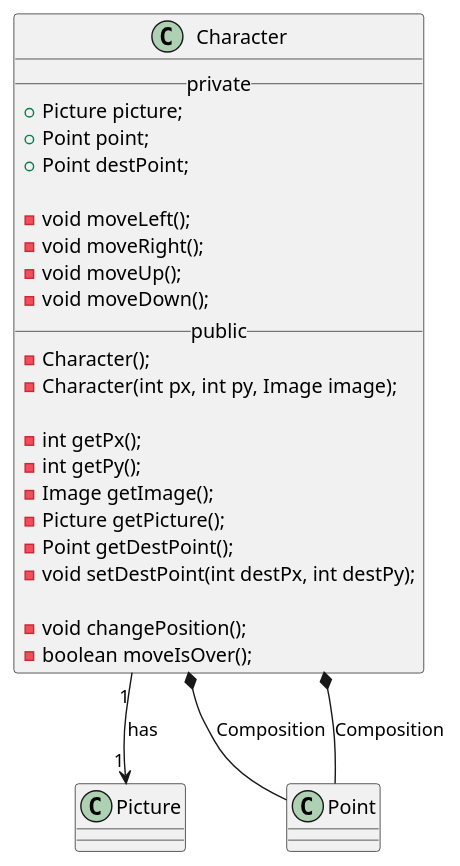
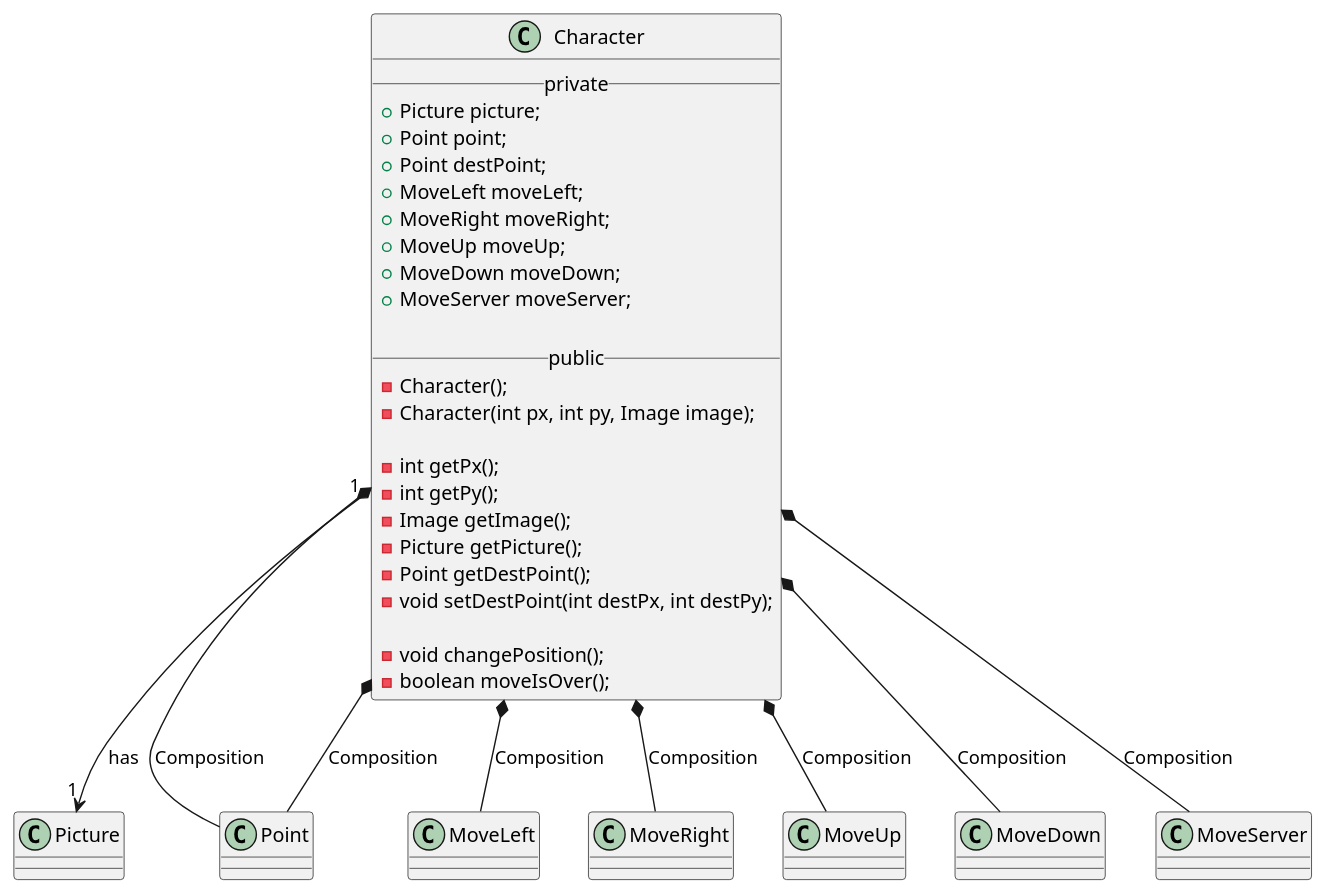
The diagram in 3-OOPAdvanced/史文泰-171860588/UMLFile/Character.puml (twiggy1999/java-2019-homeworks), drawn with PlantUML before and after one commit. The commit also changed 28 other files, not shown here.

```diff
--- a/3-OOPAdvanced/史文泰-171860588/UMLFile/Character.puml
+++ b/3-OOPAdvanced/史文泰-171860588/UMLFile/Character.puml
@@ -1,32 +1,39 @@
 @startuml
 
 class Character{
 __ private __
 + Picture picture;
 + Point point;
 + Point destPoint;
++ MoveLeft moveLeft;
++ MoveRight moveRight;
++ MoveUp moveUp;
++ MoveDown moveDown;
++ MoveServer moveServer;
 
-- void moveLeft();
-- void moveRight();
-- void moveUp();
-- void moveDown();
 __ public __
 - Character();
 - Character(int px, int py, Image image);
 
 - int getPx();
 - int getPy();
 - Image getImage();
 - Picture getPicture();
 - Point getDestPoint();
 - void setDestPoint(int destPx, int destPy);
 
 - void changePosition();
 - boolean moveIsOver();
 }
 
 Character "1"-->"1" Picture : has
 Character *-- Point: Composition
 Character *-- Point: Composition
+Character *-- MoveLeft: Composition
+Character *-- MoveRight: Composition
+Character *-- MoveUp: Composition
+Character *-- MoveDown: Composition
+Character *-- MoveServer: Composition
+
 
 @enduml
```
